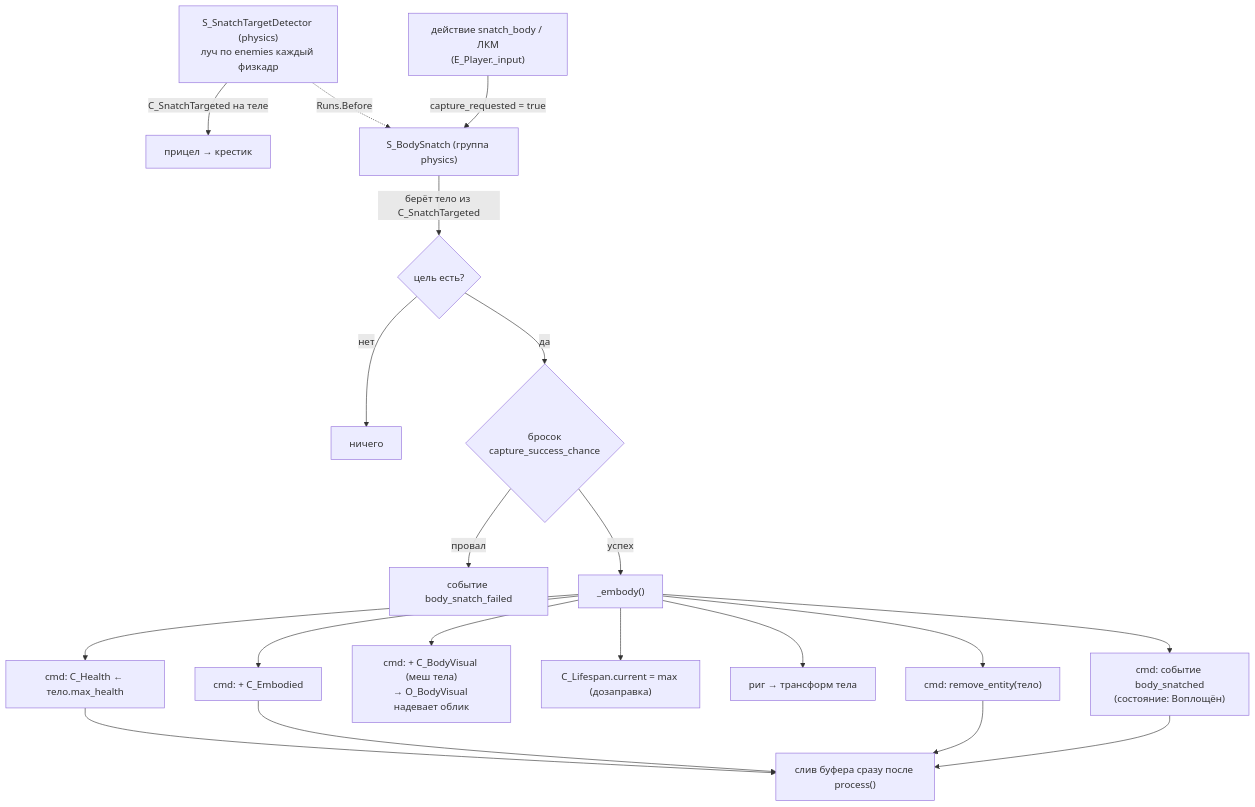
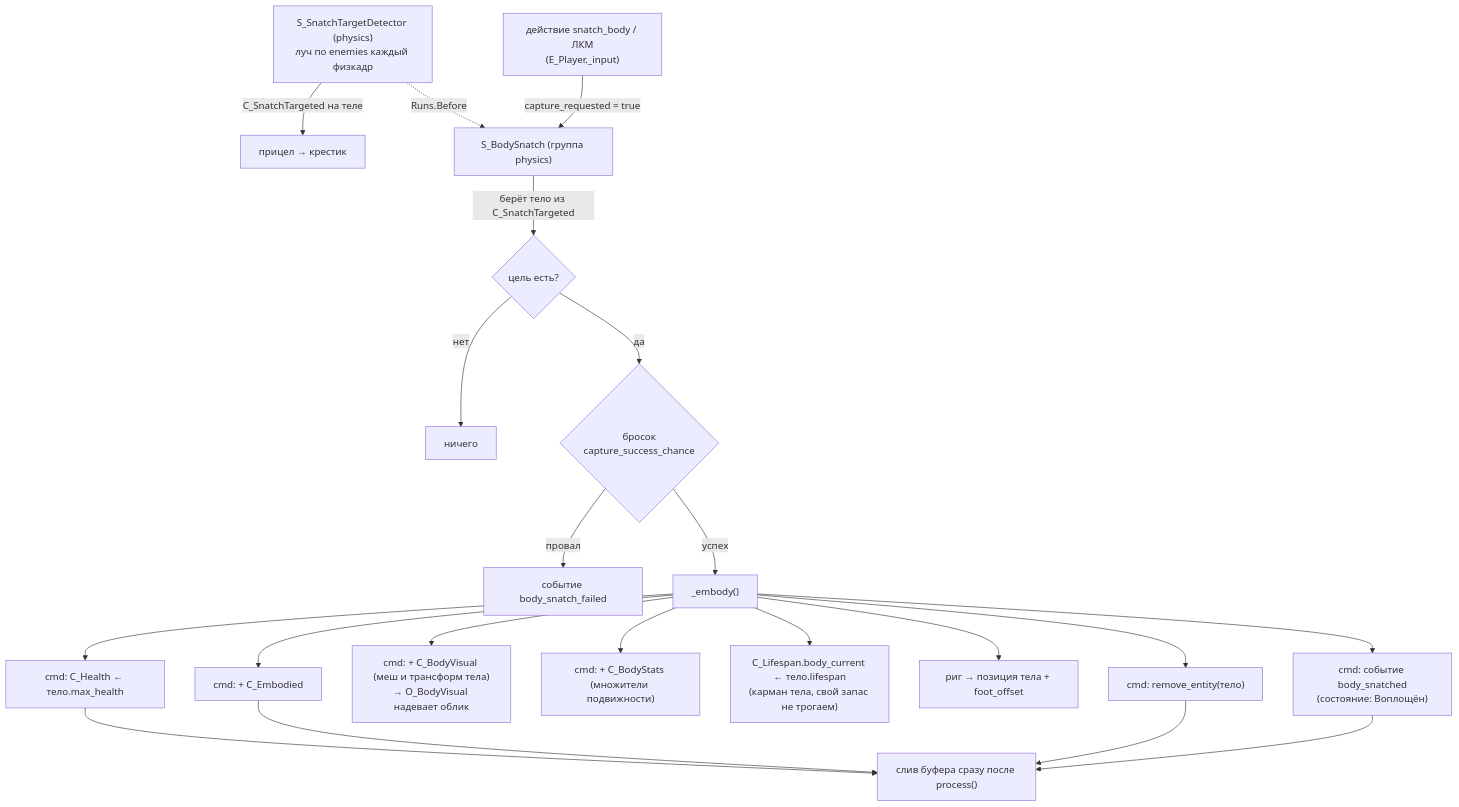
The first of 2 diagrams in docs/astral-genesis/how-to/Захват тела.md (Manshooo/astral-genesis), drawn with Mermaid before and after one commit. The commit also changed other lines of this file and 22 other files, not shown here.

````diff
--- a/docs/astral-genesis/how-to/Захват тела.md
+++ b/docs/astral-genesis/how-to/Захват тела.md
@@ -70,20 +70,21 @@
 ```mermaid
 flowchart TD
     det["S_SnatchTargetDetector (physics)<br/>луч по enemies каждый физкадр"] -->|"C_SnatchTargeted на теле"| cross["прицел → крестик"]
     lmb["действие snatch_body / ЛКМ<br/>(E_Player._input)"] -->|"capture_requested = true"| sbs["S_BodySnatch (группа physics)"]
     sbs -->|"берёт тело из C_SnatchTargeted"| hit{"цель есть?"}
     det -.->|"Runs.Before"| sbs
     hit -->|"нет"| idle["ничего"]
     hit -->|"да"| roll{"бросок<br/>capture_success_chance"}
     roll -->|"провал"| failed["событие body_snatch_failed"]
     roll -->|"успех"| embody["_embody()"]
 
     embody --> e1["cmd: C_Health ← тело.max_health"]
     embody --> e2["cmd: + C_Embodied"]
-    embody --> e2b["cmd: + C_BodyVisual (меш тела)<br/>→ O_BodyVisual надевает облик"]
-    embody --> e3["C_Lifespan.current = max (дозаправка)"]
-    embody --> e4["риг → трансформ тела"]
+    embody --> e2b["cmd: + C_BodyVisual (меш и трансформ тела)<br/>→ O_BodyVisual надевает облик"]
+    embody --> e2c["cmd: + C_BodyStats (множители подвижности)"]
+    embody --> e3["C_Lifespan.body_current ← тело.lifespan<br/>(карман тела, свой запас не трогаем)"]
+    embody --> e4["риг → позиция тела + foot_offset"]
     embody --> e5["cmd: remove_entity(тело)"]
     embody --> done["cmd: событие body_snatched<br/>(состояние: Воплощён)"]
     e1 & e2 & e5 & done --> flush["слив буфера сразу после process()"]
 ```
````
